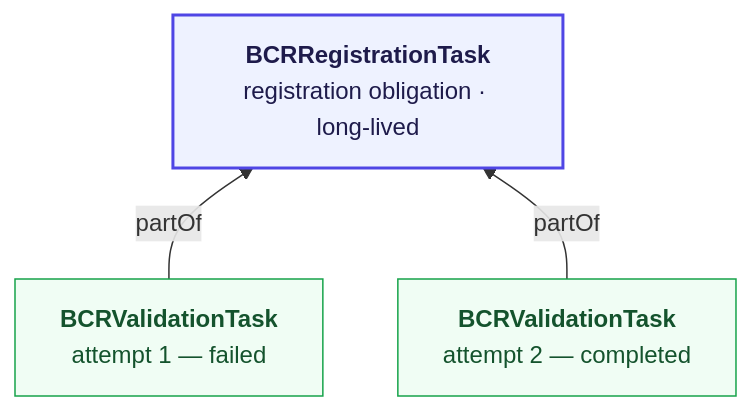
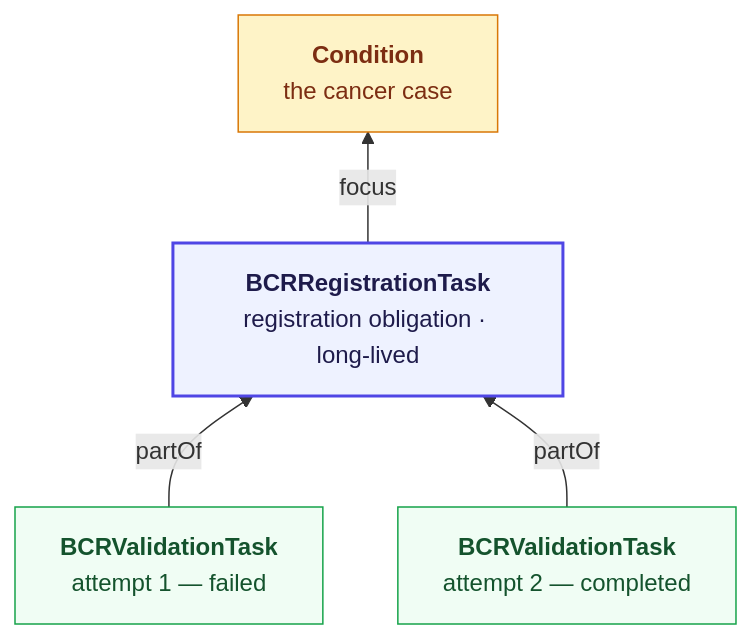
Before and after one commit to axelv/bcr: the first of 5 diagrams in input/pagecontent/async-validation.md, drawn with Mermaid. The commit also changed other lines of this file and 4 other files, not shown here.

First line of the commit message:
Resolve async-validation review (#7): Condition trigger, partial/final intent, state diagrams

````diff
--- a/input/pagecontent/async-validation.md
+++ b/input/pagecontent/async-validation.md
@@ -43,17 +43,22 @@
 ```mermaid
 flowchart BT
+    C["<b>Condition</b><br/>the cancer case"]
     R["<b>BCRRegistrationTask</b><br/>registration obligation · long-lived"]
     V1["<b>BCRValidationTask</b><br/>attempt 1 — failed"]
     V2["<b>BCRValidationTask</b><br/>attempt 2 — completed"]
+    R -->|focus| C
     V1 -->|partOf| R
     V2 -->|partOf| R
 
+    click C "Condition-ExampleBCRCancerCondition.html" "Cancer case (example)" _blank
     click R "StructureDefinition-bcr-registration-task.html" "BCRRegistrationTask profile" _blank
     click V1 "Task-ExampleBCRValidationTaskFailed.html" "Failed attempt (example)" _blank
     click V2 "Task-ExampleBCRValidationTaskAccepted.html" "Accepted attempt (example)" _blank
 
+    classDef case fill:#fef3c7,stroke:#d97706,color:#7c2d12;
     classDef parent fill:#eef2ff,stroke:#4f46e5,stroke-width:2px,color:#1e1b4b;
     classDef attempt fill:#f0fdf4,stroke:#16a34a,color:#14532d;
+    class C case
     class R parent
     class V1,V2 attempt
 ```
````
